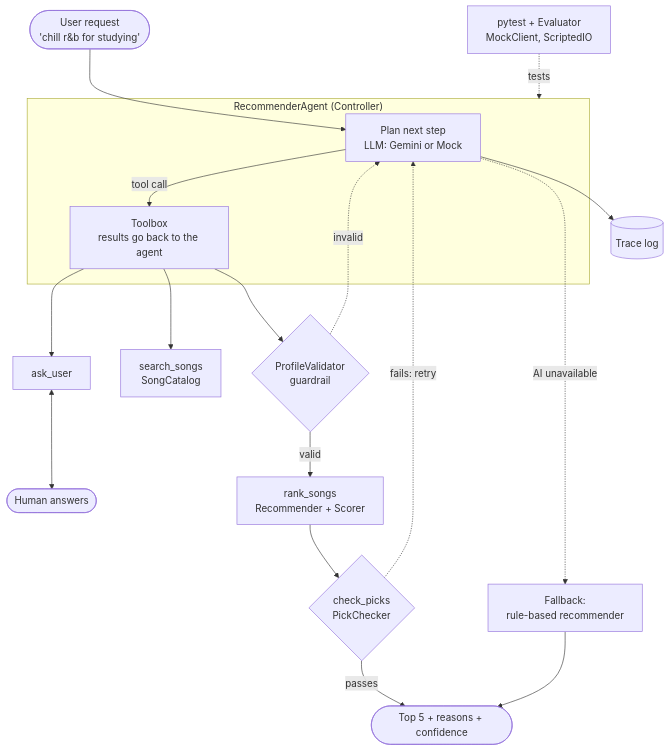
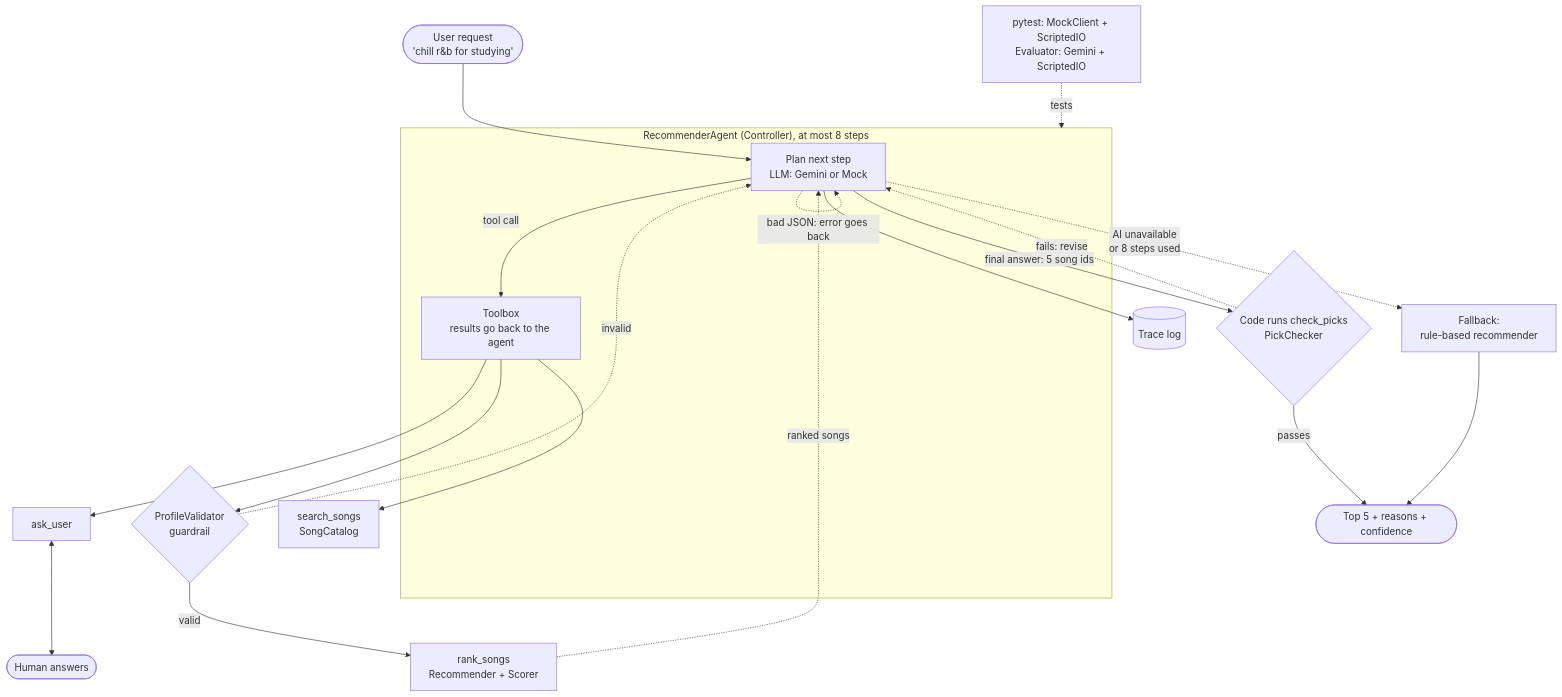
Before and after one commit to irodriguez2011/applied-ai-system-final: the diagram in docs/design.md, drawn with Mermaid. The commit also changed other lines of this file and 11 other files, not shown here.

````diff
--- a/docs/design.md
+++ b/docs/design.md
@@ -76,20 +78,22 @@
 ```mermaid
 flowchart TD
     U(["User request<br/>'chill r&b for studying'"]) --> AG
-    subgraph AGENT["RecommenderAgent (Controller)"]
+    subgraph AGENT["RecommenderAgent (Controller), at most 8 steps"]
         AG["Plan next step<br/>LLM: Gemini or Mock"] -- "tool call" --> TB["Toolbox<br/>results go back to the agent"]
+        AG -. "bad JSON: error goes back" .-> AG
     end
     TB --> ASK["ask_user"]
     ASK <--> H(["Human answers"])
     TB --> SEARCH["search_songs<br/>SongCatalog"]
     TB --> V{"ProfileValidator<br/>guardrail"}
     V -- valid --> RANK["rank_songs<br/>Recommender + Scorer"]
     V -. invalid .-> AG
-    RANK --> C{"check_picks<br/>PickChecker"}
-    C -. "fails: retry" .-> AG
+    RANK -. "ranked songs" .-> AG
+    AG -- "final answer: 5 song ids" --> C{"Code runs check_picks<br/>PickChecker"}
+    C -. "fails: revise" .-> AG
     C -- passes --> O(["Top 5 + reasons + confidence"])
-    AG -. "AI unavailable" .-> F["Fallback:<br/>rule-based recommender"]
+    AG -. "AI unavailable<br/>or 8 steps used" .-> F["Fallback:<br/>rule-based recommender"]
     F --> O
     AG --> LOG[("Trace log")]
-    EV["pytest + Evaluator<br/>MockClient, ScriptedIO"] -. tests .-> AGENT
+    EV["pytest: MockClient + ScriptedIO<br/>Evaluator: Gemini + ScriptedIO"] -. tests .-> AGENT
 ```
````
